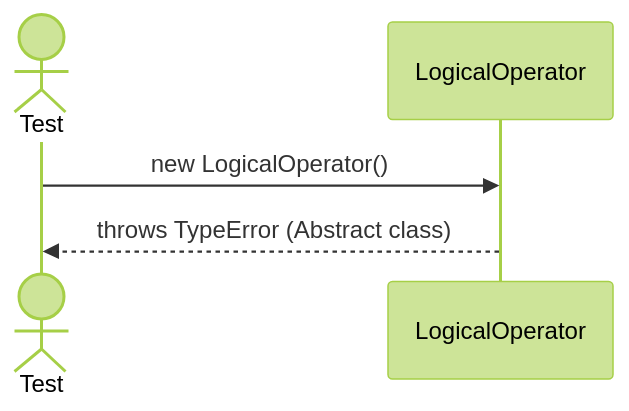
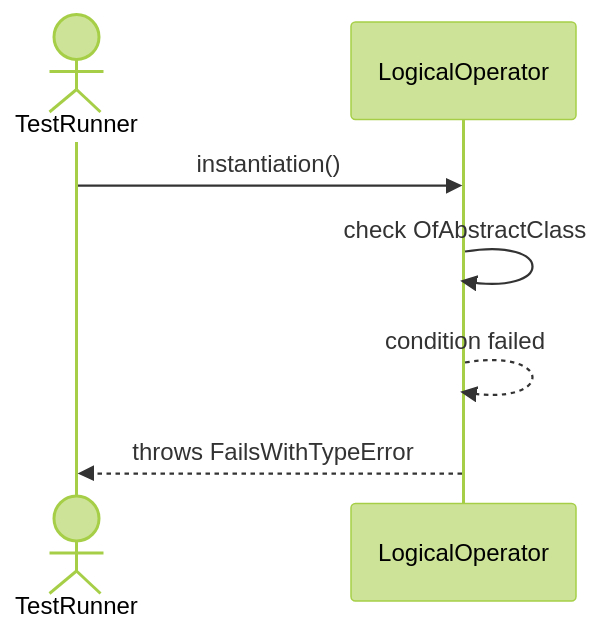
The diagram in Sequences/QueryProcessor/LogicalOperator.md (TamBui1706/DBMS), drawn with Mermaid (forest theme) before and after one commit. The commit also changed other lines of this file and 63 other files, not shown here.

Commit message:
Draw sequence diagram for unit tests

````diff
--- a/Sequences/QueryProcessor/LogicalOperator.md
+++ b/Sequences/QueryProcessor/LogicalOperator.md
@@ -7,8 +14,9 @@
 ```mermaid
 sequenceDiagram
-    actor Test
+    actor TestRunner
     participant LogicalOperator
-
-    Test->>LogicalOperator: new LogicalOperator()
-    LogicalOperator-->>Test: throws TypeError (Abstract class)
+    TestRunner->>LogicalOperator: instantiation()
+    LogicalOperator->>LogicalOperator: check OfAbstractClass
+    LogicalOperator-->>LogicalOperator: condition failed
+    LogicalOperator-->>TestRunner: throws FailsWithTypeError
 ```
````
